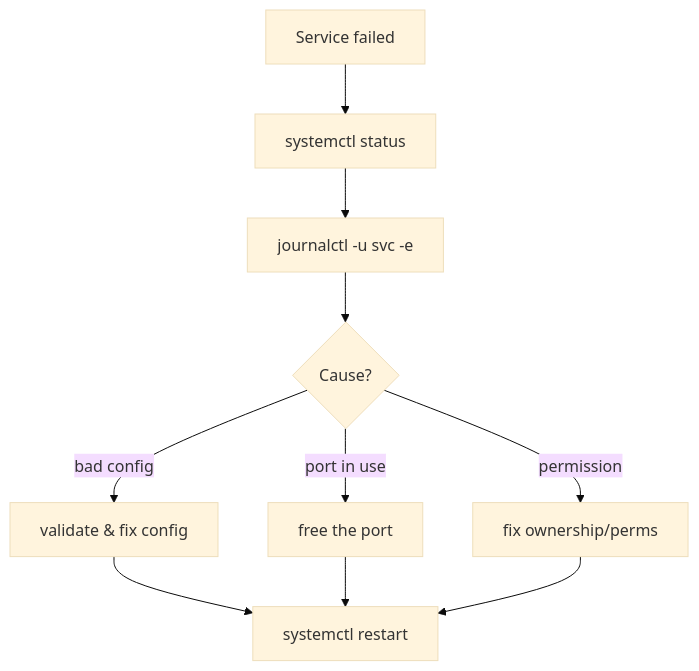
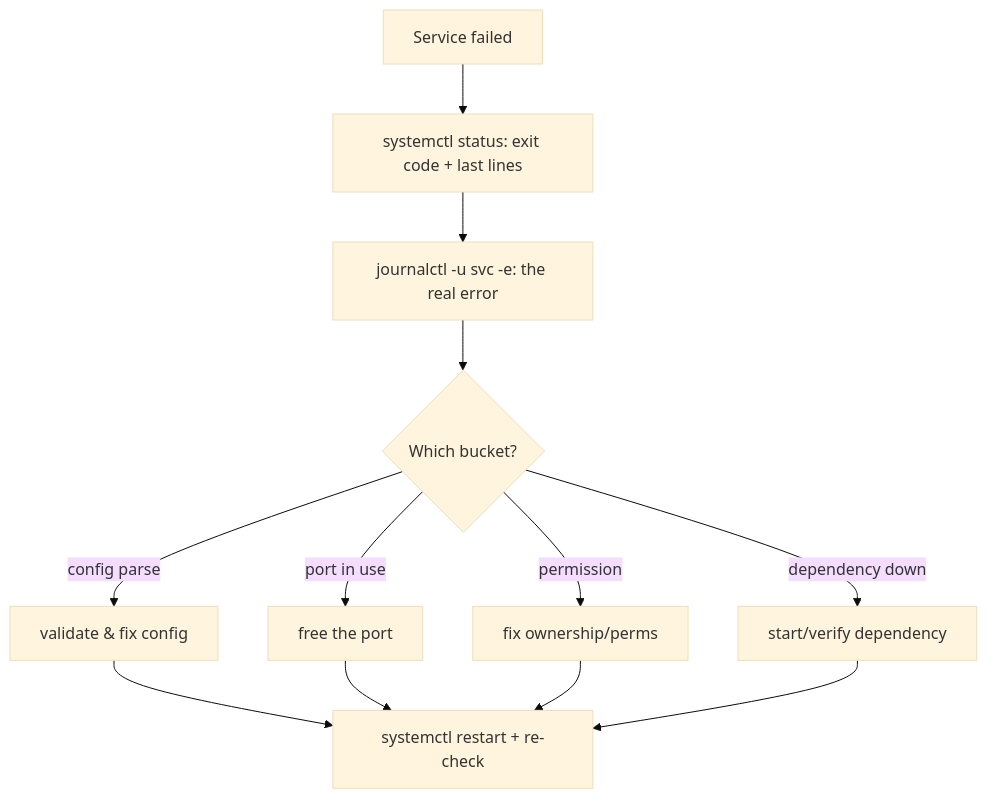
The diagram in 05-processes-and-services/service-troubleshooting.md (cloud-prakhar/learning-linux), drawn with Mermaid (base theme) before and after one commit. The commit also changed other lines of this file and 69 other files, not shown here.

````diff
--- a/05-processes-and-services/service-troubleshooting.md
+++ b/05-processes-and-services/service-troubleshooting.md
@@ -30,10 +36,11 @@
 ```mermaid
 flowchart TD
-    F[Service failed] --> S[systemctl status]
-    S --> J[journalctl -u svc -e]
-    J --> C{Cause?}
-    C -->|bad config| Cfg[validate & fix config]
+    F[Service failed] --> S[systemctl status: exit code + last lines]
+    S --> J[journalctl -u svc -e: the real error]
+    J --> C{Which bucket?}
+    C -->|config parse| Cfg[validate & fix config]
     C -->|port in use| Port[free the port]
     C -->|permission| Perm[fix ownership/perms]
-    Cfg & Port & Perm --> R[systemctl restart]
+    C -->|dependency down| Dep[start/verify dependency]
+    Cfg & Port & Perm & Dep --> R[systemctl restart + re-check]
 ```
````
